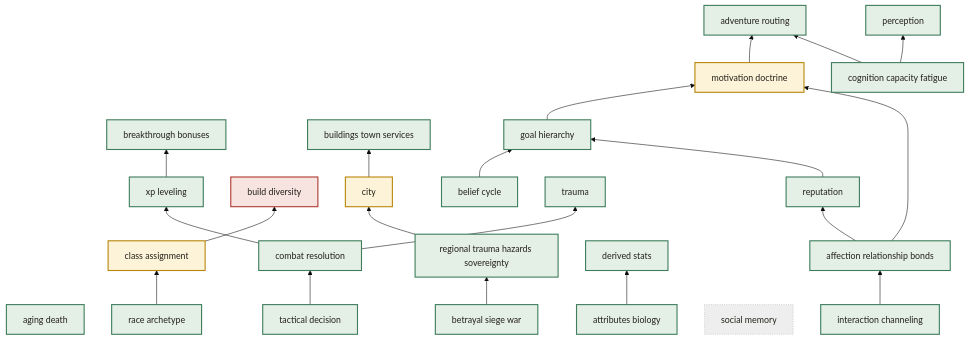
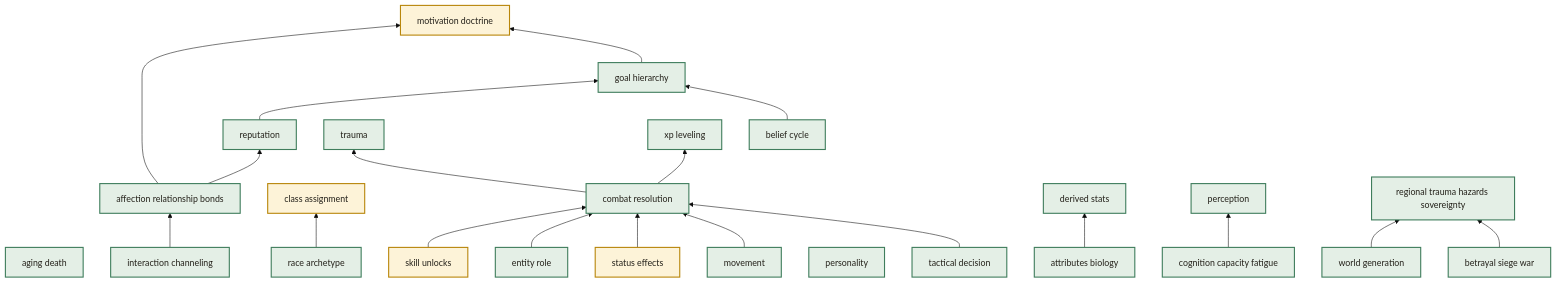
Before and after one commit to ttnhan18062000/rpg-based-simulation: the diagram in docs/brainstorm/mechanism_priority_view.md, drawn with Mermaid (base theme). The commit also changed other lines of this file and 11 other files, not shown here.

````diff
--- a/docs/brainstorm/mechanism_priority_view.md
+++ b/docs/brainstorm/mechanism_priority_view.md
@@ -44,55 +44,54 @@
 ```mermaid
 flowchart BT
     classDef done fill:#e4efe6,stroke:#3f7d5c,stroke-width:2px,color:#232019
     classDef partial fill:#fdf3d8,stroke:#b8860b,stroke-width:2px,color:#232019
     classDef gap fill:#f7e4e1,stroke:#b0392f,stroke-width:2px,color:#232019
     classDef orphan fill:#f7e4e1,stroke:#b0392f,stroke-width:2px,stroke-dasharray: 2 2,color:#232019
     classDef gated fill:#f7ecd2,stroke:#9a6b0c,stroke-width:2px,stroke-dasharray: 3 3,color:#232019
     classDef skeleton fill:#eee,stroke:#888,stroke-width:1px,stroke-dasharray: 1 3,color:#232019
 
-    adventure_routing["adventure routing"]:::done
     affection_relationship_bonds["affection relationship bonds"]:::done
     aging_death["aging death"]:::done
     attributes_biology["attributes biology"]:::done
     belief_cycle["belief cycle"]:::done
     betrayal_siege_war["betrayal siege war"]:::done
-    breakthrough_bonuses["breakthrough bonuses"]:::done
-    build_diversity["build diversity"]:::gap
-    buildings_town_services["buildings town services"]:::done
-    city["city"]:::partial
     class_assignment["class assignment"]:::partial
     cognition_capacity_fatigue["cognition capacity fatigue"]:::done
     combat_resolution["combat resolution"]:::done
     derived_stats["derived stats"]:::done
+    entity_role["entity role"]:::done
     goal_hierarchy["goal hierarchy"]:::done
     interaction_channeling["interaction channeling"]:::done
     motivation_doctrine["motivation doctrine"]:::partial
+    movement["movement"]:::done
     perception["perception"]:::done
+    personality["personality"]:::done
     race_archetype["race archetype"]:::done
     regional_trauma_hazards_sovereignty["regional trauma hazards sovereignty"]:::done
     reputation["reputation"]:::done
-    social_memory["social memory"]:::skeleton
+    skill_unlocks["skill unlocks"]:::partial
+    status_effects["status effects"]:::partial
     tactical_decision["tactical decision"]:::done
     trauma["trauma"]:::done
+    world_generation["world generation"]:::done
     xp_leveling["xp leveling"]:::done
 
-    motivation_doctrine --> adventure_routing
-    cognition_capacity_fatigue --> adventure_routing
     interaction_channeling --> affection_relationship_bonds
-    xp_leveling --> breakthrough_bonuses
-    class_assignment --> build_diversity
-    city --> buildings_town_services
-    regional_trauma_hazards_sovereignty --> city
     race_archetype --> class_assignment
     tactical_decision --> combat_resolution
+    movement --> combat_resolution
+    status_effects --> combat_resolution
+    entity_role --> combat_resolution
+    skill_unlocks --> combat_resolution
     attributes_biology --> derived_stats
     belief_cycle --> goal_hierarchy
     reputation --> goal_hierarchy
     goal_hierarchy --> motivation_doctrine
     affection_relationship_bonds --> motivation_doctrine
     cognition_capacity_fatigue --> perception
     betrayal_siege_war --> regional_trauma_hazards_sovereignty
+    world_generation --> regional_trauma_hazards_sovereignty
     affection_relationship_bonds --> reputation
     combat_resolution --> trauma
     combat_resolution --> xp_leveling
 ```
````
